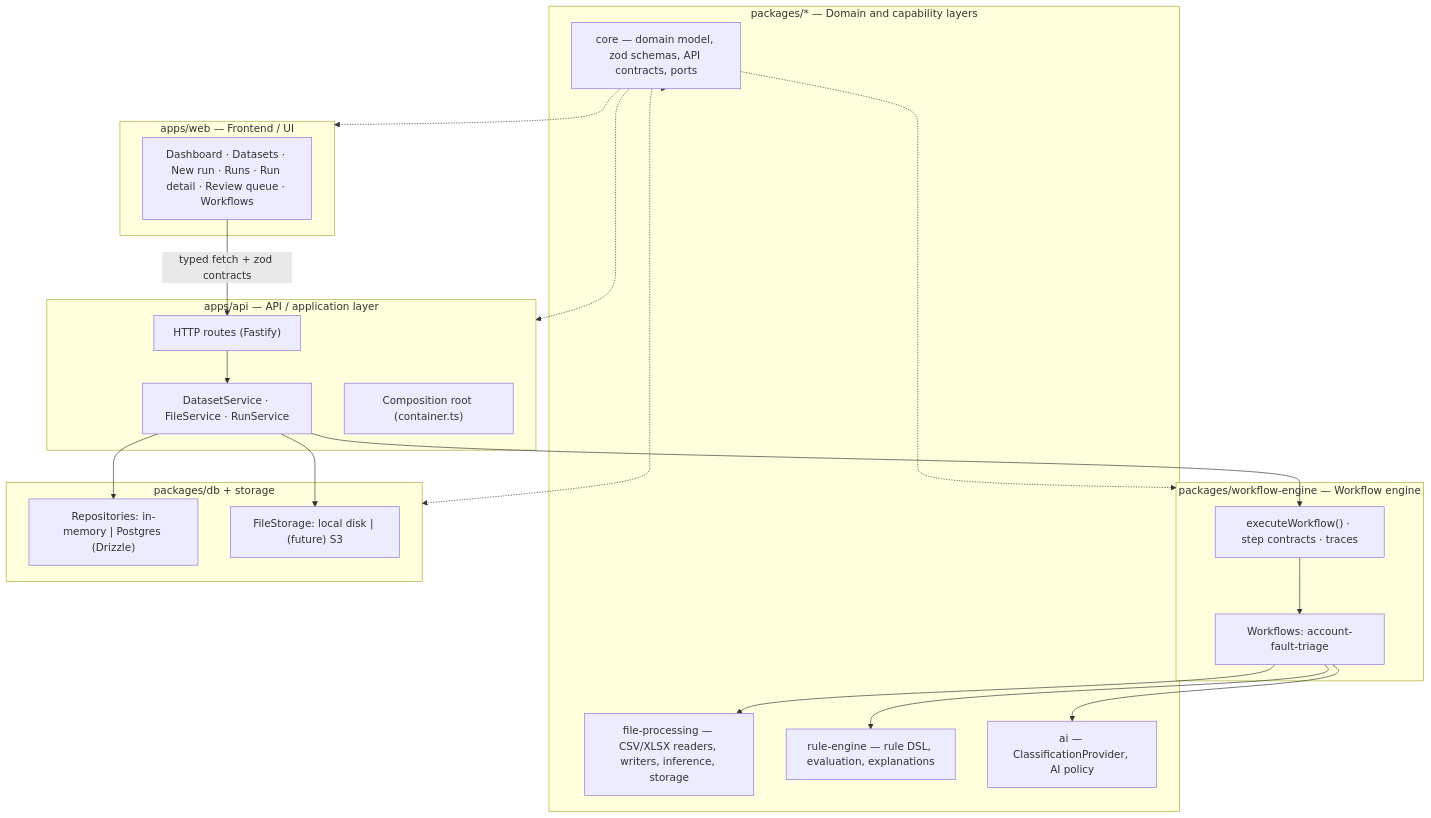
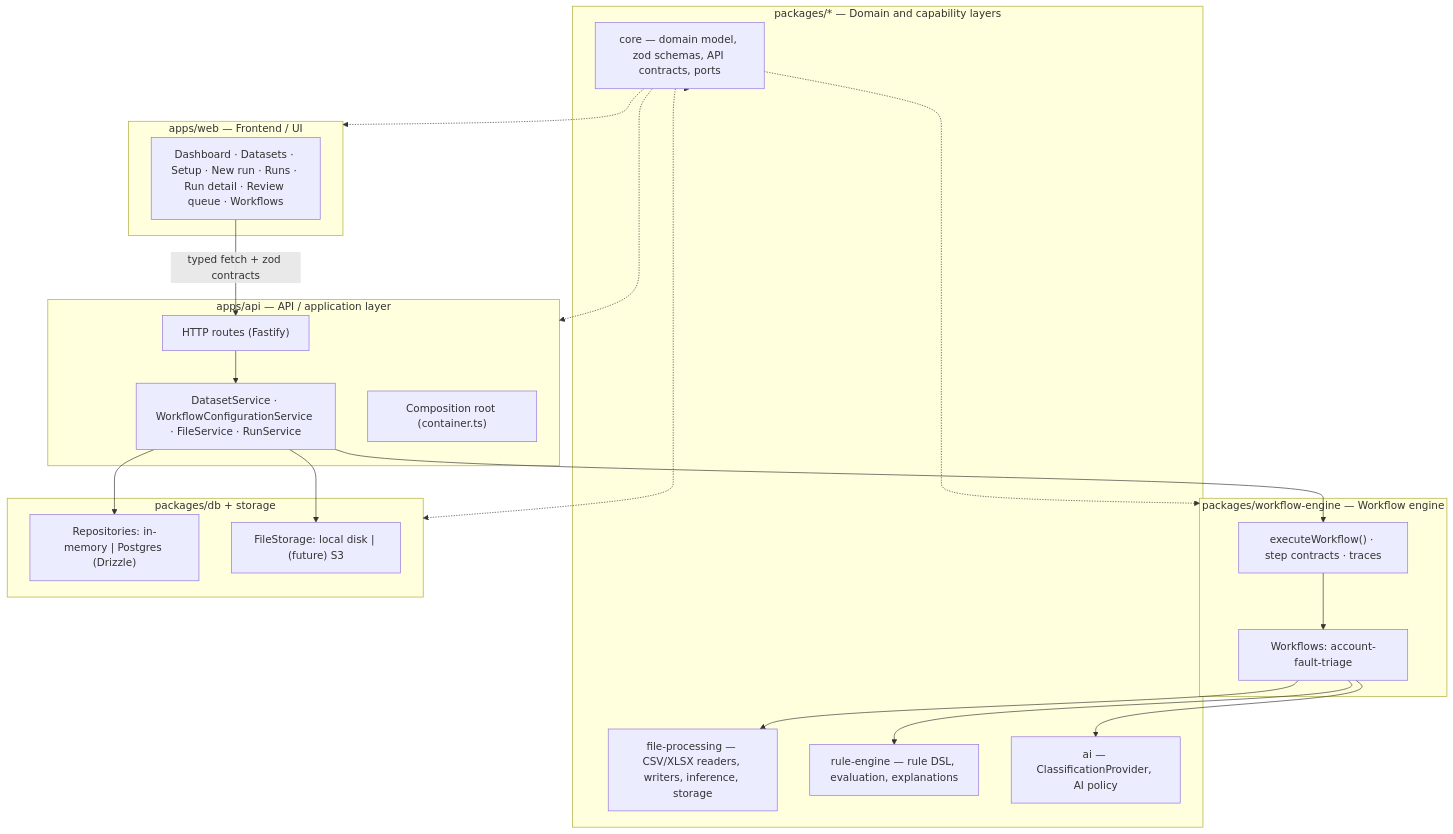
One commit to JustABeing00/Sheetpilot changed the diagram in docs/architecture.md. Above: the diagram before and after it, drawn with Mermaid. The commit also changed other lines of this file and 39 other files, not shown here.

Commit message:
Product session 2: column mapping & workflow configuration

````diff
--- a/docs/architecture.md
+++ b/docs/architecture.md
@@ -14,44 +14,44 @@
 ```mermaid
 flowchart TB
   subgraph UI["apps/web — Frontend / UI"]
-    pages["Dashboard · Datasets · New run · Runs · Run detail · Review queue · Workflows"]
+    pages["Dashboard · Datasets · Setup · New run · Runs · Run detail · Review queue · Workflows"]
   end
 
   subgraph API["apps/api — API / application layer"]
     routes["HTTP routes (Fastify)"]
-    services["DatasetService · FileService · RunService"]
+    services["DatasetService · WorkflowConfigurationService · FileService · RunService"]
     container["Composition root (container.ts)"]
   end
 
   subgraph ENGINE["packages/workflow-engine — Workflow engine"]
     runner["executeWorkflow() · step contracts · traces"]
     wf["Workflows: account-fault-triage"]
   end
 
   subgraph DOMAIN["packages/* — Domain and capability layers"]
     core["core — domain model, zod schemas, API contracts, ports"]
     files["file-processing — CSV/XLSX readers, writers, inference, storage"]
     rules["rule-engine — rule DSL, evaluation, explanations"]
     ai["ai — ClassificationProvider, AI policy"]
   end
 
   subgraph DATA["packages/db + storage"]
     repos["Repositories: in-memory | Postgres (Drizzle)"]
     store["FileStorage: local disk | (future) S3"]
   end
 
   pages -->|"typed fetch + zod contracts"| routes
   routes --> services
   services --> runner
   runner --> wf
   wf --> files
   wf --> rules
   wf --> ai
   services --> repos
   services --> store
   core -.-> UI
   core -.-> API
   core -.-> ENGINE
   core -.-> DOMAIN
   core -.-> DATA
 ```
````
